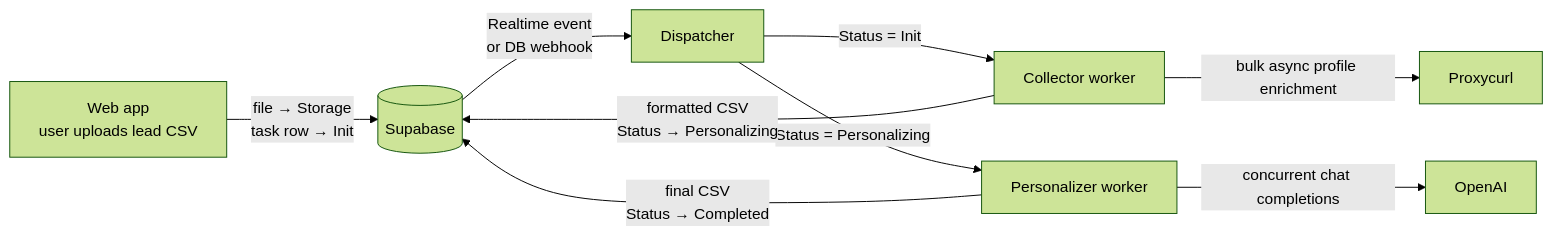
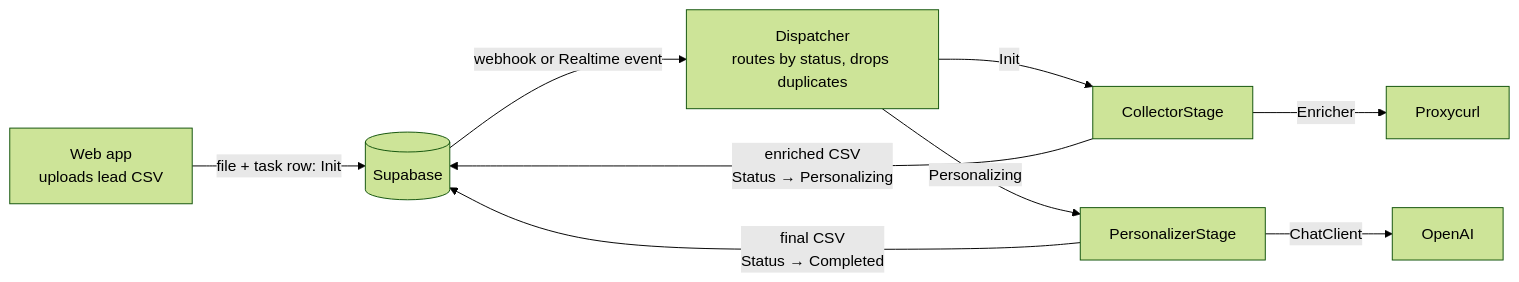
Before and after one commit to Moha-Mahdhour/personalines-engine: the first of 2 diagrams in README.md, drawn with Mermaid (forest theme). The commit also changed other lines of this file, not shown here.

````diff
--- a/README.md
+++ b/README.md
@@ -9,11 +11,11 @@
 ```mermaid
 flowchart LR
-    A[Web app<br/>user uploads lead CSV] -->|file → Storage<br/>task row → Init| B[(Supabase)]
-    B -->|Realtime event<br/>or DB webhook| C[Dispatcher]
-    C -->|Status = Init| D[Collector worker]
-    C -->|Status = Personalizing| E[Personalizer worker]
-    D -->|bulk async profile enrichment| F[Proxycurl]
-    D -->|formatted CSV<br/>Status → Personalizing| B
-    E -->|concurrent chat completions| G[OpenAI]
-    E -->|final CSV<br/>Status → Completed| B
+    A[Web app<br/>uploads lead CSV] -->|file + task row: Init| B[(Supabase)]
+    B -->|webhook or Realtime event| D[Dispatcher<br/>routes by status, drops duplicates]
+    D -->|Init| C[CollectorStage]
+    D -->|Personalizing| P[PersonalizerStage]
+    C -->|Enricher| X[Proxycurl]
+    C -->|enriched CSV<br/>Status → Personalizing| B
+    P -->|ChatClient| O[OpenAI]
+    P -->|final CSV<br/>Status → Completed| B
 ```
````
